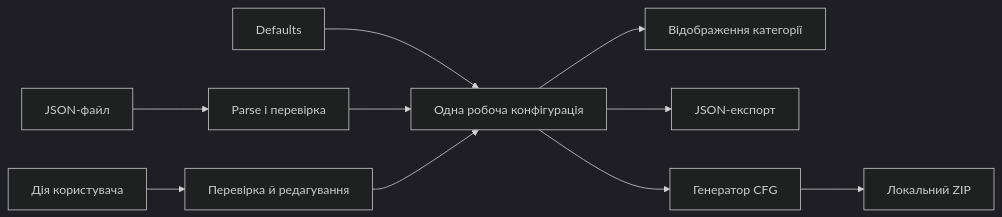
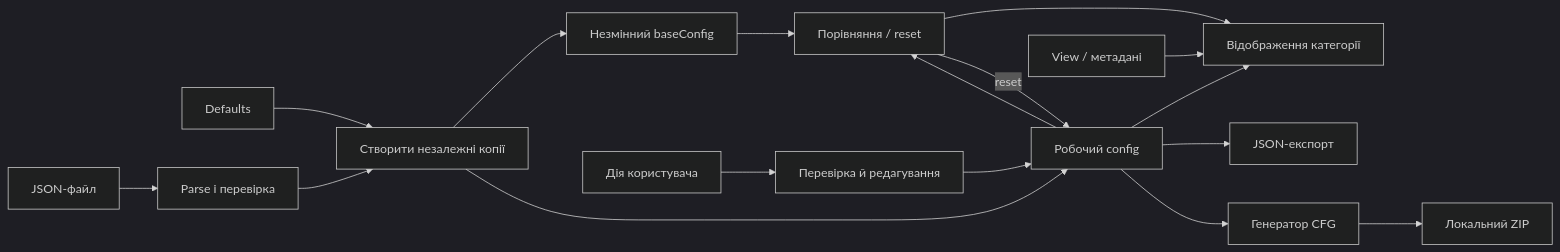
One commit to PriestSL/s2-dynamicitemgenerator-generator-web changed the second of 2 diagrams in ARCHITECTURE_REVIEW.md. Above: the diagram before and after it, drawn with Mermaid (dark theme). The commit also changed other lines of this file and 2 other files, not shown here.

````diff
--- a/ARCHITECTURE_REVIEW.md
+++ b/ARCHITECTURE_REVIEW.md
@@ -131,12 +133,19 @@
 ```mermaid
 flowchart LR
-    D[Defaults] --> C[Одна робоча конфігурація]
+    D[Defaults] --> L[Створити незалежні копії]
     I[JSON-файл] --> V[Parse і перевірка]
-    V --> C
-    C --> R[Відображення категорії]
+    V --> L
+    L --> B[Незмінний baseConfig]
+    L --> C[Робочий config]
+    B --> P[Порівняння / reset]
+    C --> P
+    P --> R[Відображення категорії]
+    P -->|reset| C
+    W[View / метадані] --> R
+    C --> R
     U[Дія користувача] --> E[Перевірка й редагування]
     E --> C
     C --> J[JSON-експорт]
     C --> G[Генератор CFG]
     G --> Z[Локальний ZIP]
 ```
````
